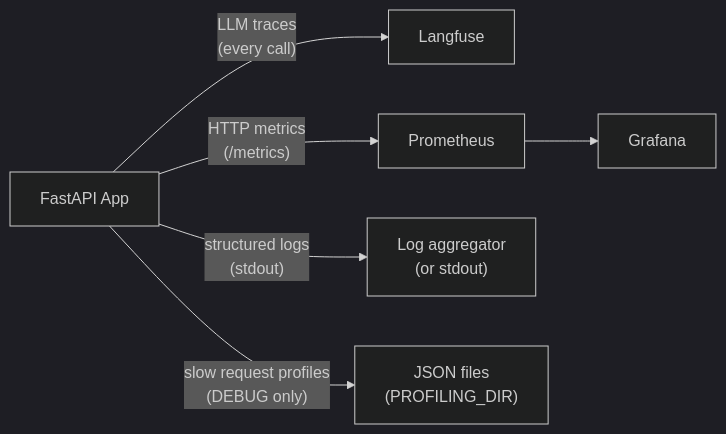
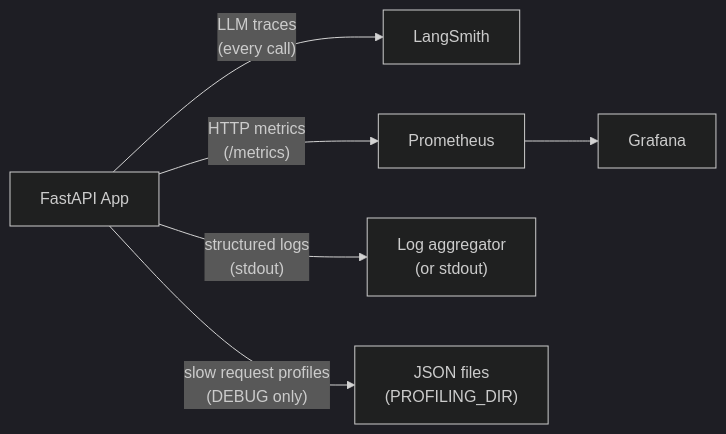
One commit to hrishikesh2708/dh_agentic_workspace changed the diagram in backend/docs/observability.md. Above: the diagram before and after it, drawn with Mermaid (dark theme). The commit also changed other lines of this file and 22 other files, not shown here.

````diff
--- a/backend/docs/observability.md
+++ b/backend/docs/observability.md
@@ -5,10 +5,10 @@
 ```mermaid
 graph LR
     App["FastAPI App"]
 
-    App -->|"LLM traces\n(every call)"| Langfuse
+    App -->|"LLM traces\n(every call)"| LangSmith
     App -->|"HTTP metrics\n(/metrics)"| Prometheus
     Prometheus --> Grafana
     App -->|"structured logs\n(stdout)"| Logs["Log aggregator\n(or stdout)"]
     App -->|"slow request profiles\n(DEBUG only)"| Profiles["JSON files\n(PROFILING_DIR)"]
 ```
````
